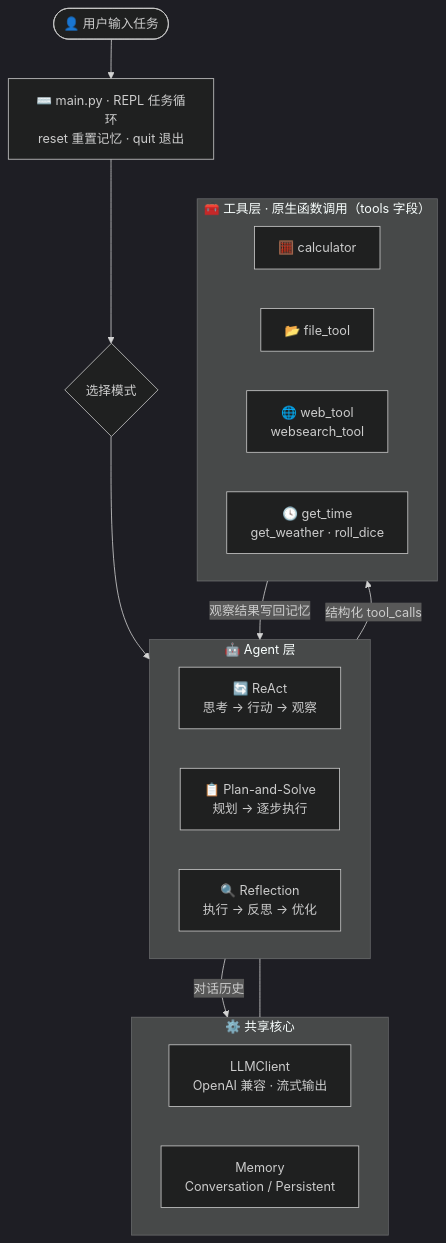
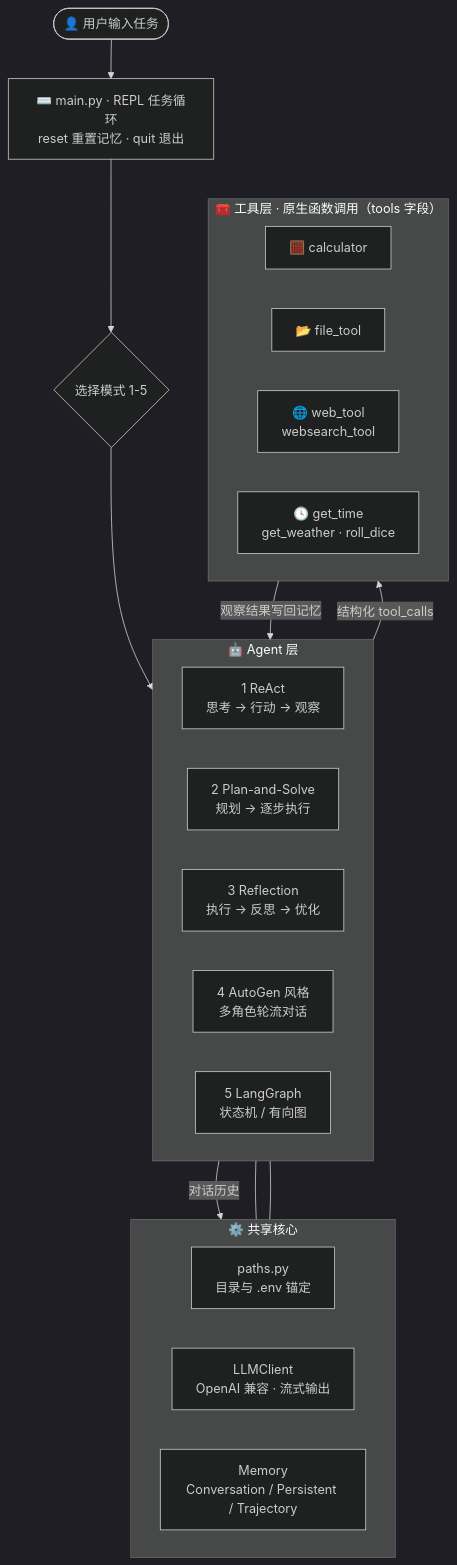
The diagram in README.md (Seven-second-fish/MartinAgent), drawn with Mermaid (dark theme) before and after one commit. The commit also changed other lines of this file and 27 other files, not shown here.

````diff
--- a/README.md
+++ b/README.md
@@ -41,32 +44,36 @@
 ```mermaid
 flowchart TB
     user(["👤 用户输入任务"]) --> repl["⌨️ main.py · REPL 任务循环<br/>reset 重置记忆 · quit 退出"]
-    repl --> mode{"选择模式"}
+    repl --> mode{"选择模式 1-5"}
 
     subgraph agents ["🤖 Agent 层"]
         direction LR
-        react["🔄 ReAct<br/>思考 → 行动 → 观察"]
-        ps["📋 Plan-and-Solve<br/>规划 → 逐步执行"]
-        refl["🔍 Reflection<br/>执行 → 反思 → 优化"]
+        react["1 ReAct<br/>思考 → 行动 → 观察"]
+        ps["2 Plan-and-Solve<br/>规划 → 逐步执行"]
+        refl["3 Reflection<br/>执行 → 反思 → 优化"]
+        ag["4 AutoGen 风格<br/>多角色轮流对话"]
+        lg["5 LangGraph<br/>状态机 / 有向图"]
     end
 
     subgraph core ["⚙️ 共享核心"]
         direction LR
+        paths["paths.py<br/>目录与 .env 锚定"]
         llm["LLMClient<br/>OpenAI 兼容 · 流式输出"]
-        mem["Memory<br/>Conversation / Persistent"]
+        mem["Memory<br/>Conversation / Persistent / Trajectory"]
     end
 
     subgraph tools ["🧰 工具层 · 原生函数调用（tools 字段）"]
         direction LR
         calc["🧮 calculator"]
         ftool["📂 file_tool"]
         webt["🌐 web_tool<br/>websearch_tool"]
         misc["🕓 get_time<br/>get_weather · roll_dice"]
     end
 
     mode --> agents
     agents -- 对话历史 --> llm
     agents --- mem
+    agents --- paths
     agents -- 结构化 tool_calls --> tools
     tools -- 观察结果写回记忆 --> agents
 ```
````
